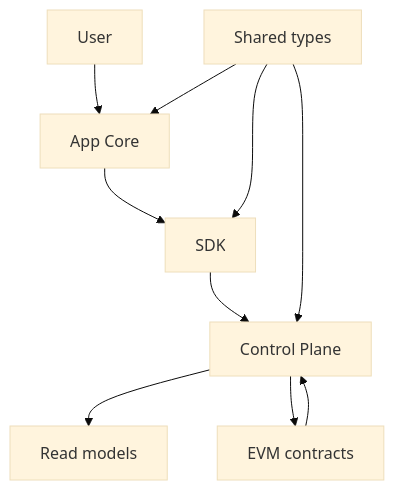
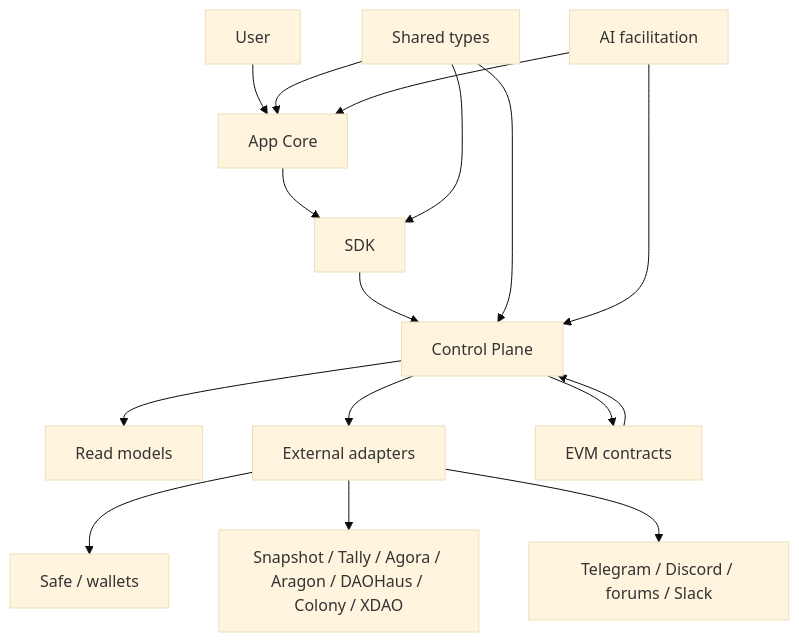
Before and after one commit to isoniaos/docs: the third of 3 diagrams in site/whitepaper.md, drawn with Mermaid (base theme). The commit also changed other lines of this file and 3 other files, not shown here.

````diff
--- a/site/whitepaper.md
+++ b/site/whitepaper.md
@@ -311,12 +580,18 @@
 ```mermaid
 flowchart TD
   User["User"] --> App["App Core"]
   App --> SDK["SDK"]
   SDK --> API["Control Plane"]
   API --> ReadModels["Read models"]
+  API --> External["External adapters"]
+  External --> Safe["Safe / wallets"]
+  External --> GovTools["Snapshot / Tally / Agora / Aragon / DAOHaus / Colony / XDAO"]
+  External --> Discussion["Telegram / Discord / forums / Slack"]
   API --> Contracts["EVM contracts"]
   Contracts --> API
   Types["Shared types"] --> SDK
   Types --> API
   Types --> App
+  AI["AI facilitation"] --> API
+  AI --> App
 ```
````
